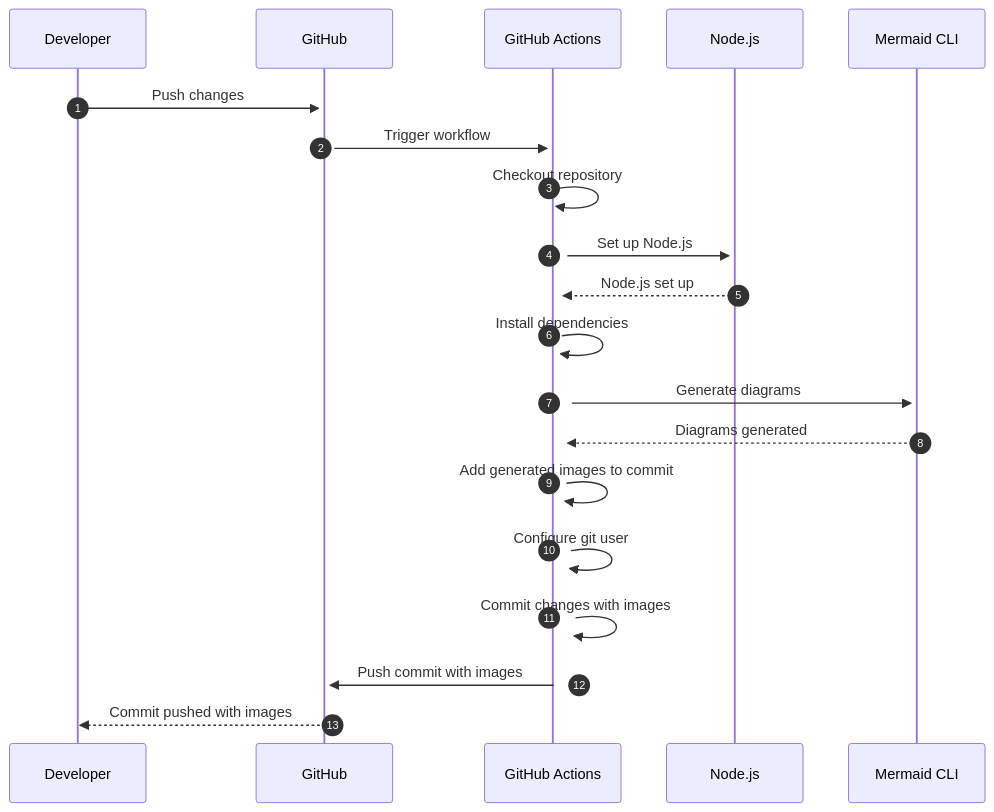
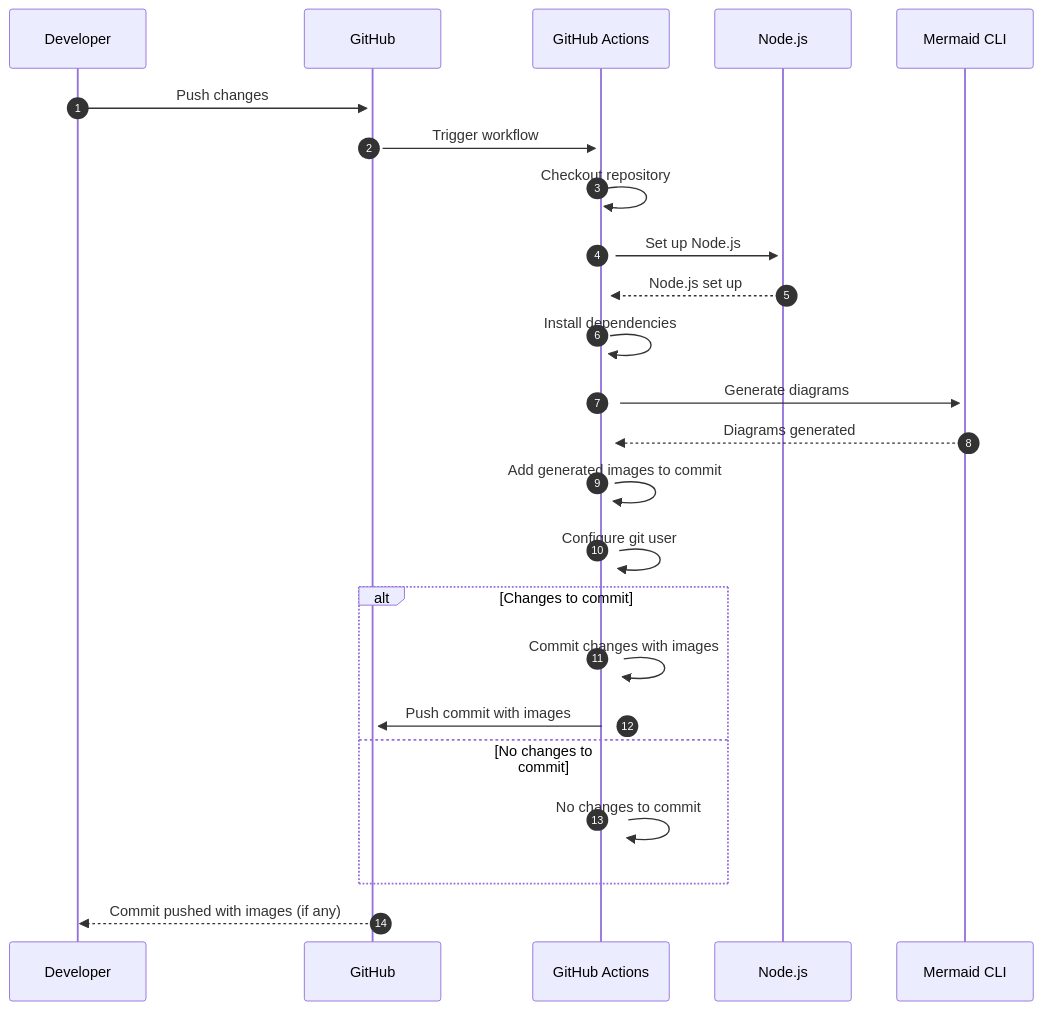
Before and after one commit to cheonglol/diagram-porno: the diagram in generate-diagrams-yml.mmd, drawn with Mermaid.

Commit message:
Enhance sequence diagram to handle cases with no changes to commit

```diff
--- a/generate-diagrams-yml.mmd
+++ b/generate-diagrams-yml.mmd
@@ -1,25 +1,29 @@
 sequenceDiagram
     autonumber
     participant Developer as Developer
     participant GitHub as GitHub
     participant Actions as GitHub Actions
     participant Node as Node.js
     participant Mermaid as Mermaid CLI
 
     Developer ->>+ GitHub: Push changes
     GitHub ->>+ Actions: Trigger workflow
 
     Actions ->>+ Actions: Checkout repository
     Actions ->>+ Node: Set up Node.js
     Node -->> Actions: Node.js set up
 
     Actions ->>+ Actions: Install dependencies
     Actions ->>+ Mermaid: Generate diagrams
     Mermaid -->> Actions: Diagrams generated
 
     Actions ->>+ Actions: Add generated images to commit
     Actions ->>+ Actions: Configure git user
-    Actions ->>+ Actions: Commit changes with images
-    Actions ->>+ GitHub: Push commit with images
+    alt Changes to commit
+        Actions ->>+ Actions: Commit changes with images
+        Actions ->>+ GitHub: Push commit with images
+    else No changes to commit
+        Actions ->> Actions: No changes to commit
+    end
 
-    GitHub -->> Developer: Commit pushed with images
+    GitHub -->> Developer: Commit pushed with images (if any)
```
